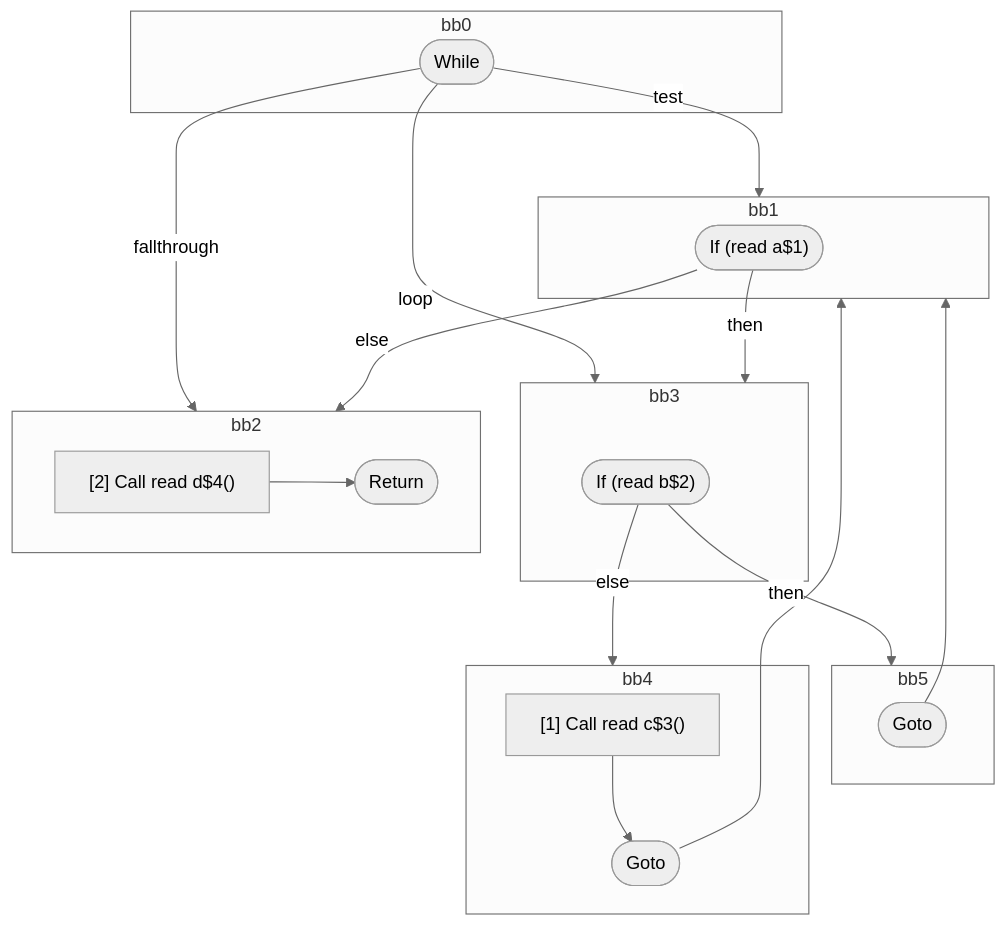
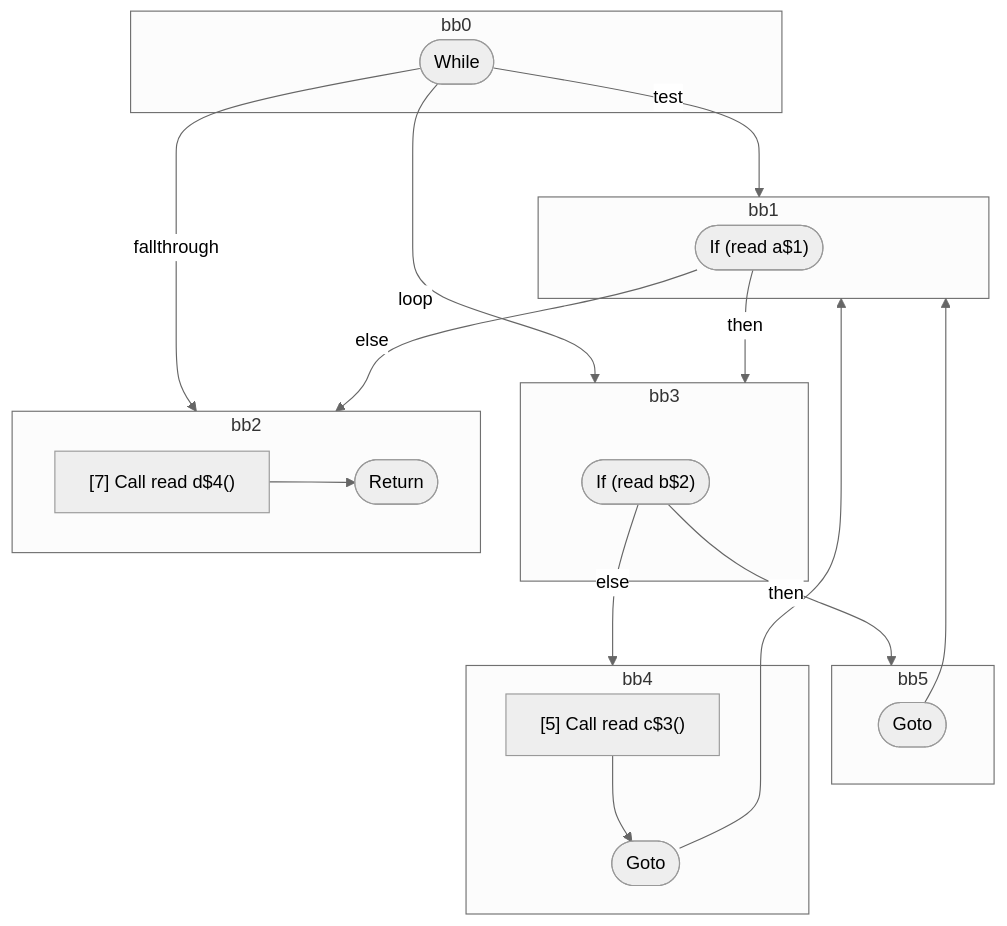
The diagram in compiler/forget/src/__tests__/fixtures/hir/while-conditional-continue.expect.md (wutsmog/private), drawn with Mermaid (neutral theme) before and after one commit. The commit also changed other lines of this file and 61 other files, not shown here.

````diff
--- a/compiler/forget/src/__tests__/fixtures/hir/while-conditional-continue.expect.md
+++ b/compiler/forget/src/__tests__/fixtures/hir/while-conditional-continue.expect.md
@@ -44,40 +44,40 @@
 ```mermaid
 flowchart TB
   %% Basic Blocks
   subgraph bb0
     bb0_terminal(["While"])
   end
   subgraph bb1
     bb1_terminal(["If (read a$1)"])
   end
   subgraph bb3
     bb3_terminal(["If (read b$2)"])
   end
   subgraph bb5
     bb5_terminal(["Goto"])
   end
   subgraph bb4
     bb4_instrs["
-      [1] Call read c$3()
+      [5] Call read c$3()
     "]
     bb4_instrs --> bb4_terminal(["Goto"])
   end
   subgraph bb2
     bb2_instrs["
-      [2] Call read d$4()
+      [7] Call read d$4()
     "]
     bb2_instrs --> bb2_terminal(["Return"])
   end
 
   %% Jumps
   bb0_terminal -- "test" --> bb1
   bb0_terminal -- "loop" --> bb3
   bb0_terminal -- "fallthrough" --> bb2
   bb1_terminal -- "then" --> bb3
   bb1_terminal -- "else" --> bb2
   bb3_terminal -- "then" --> bb5
   bb3_terminal -- "else" --> bb4
   bb5_terminal --> bb1
   bb4_terminal --> bb1
 
 ```
````
